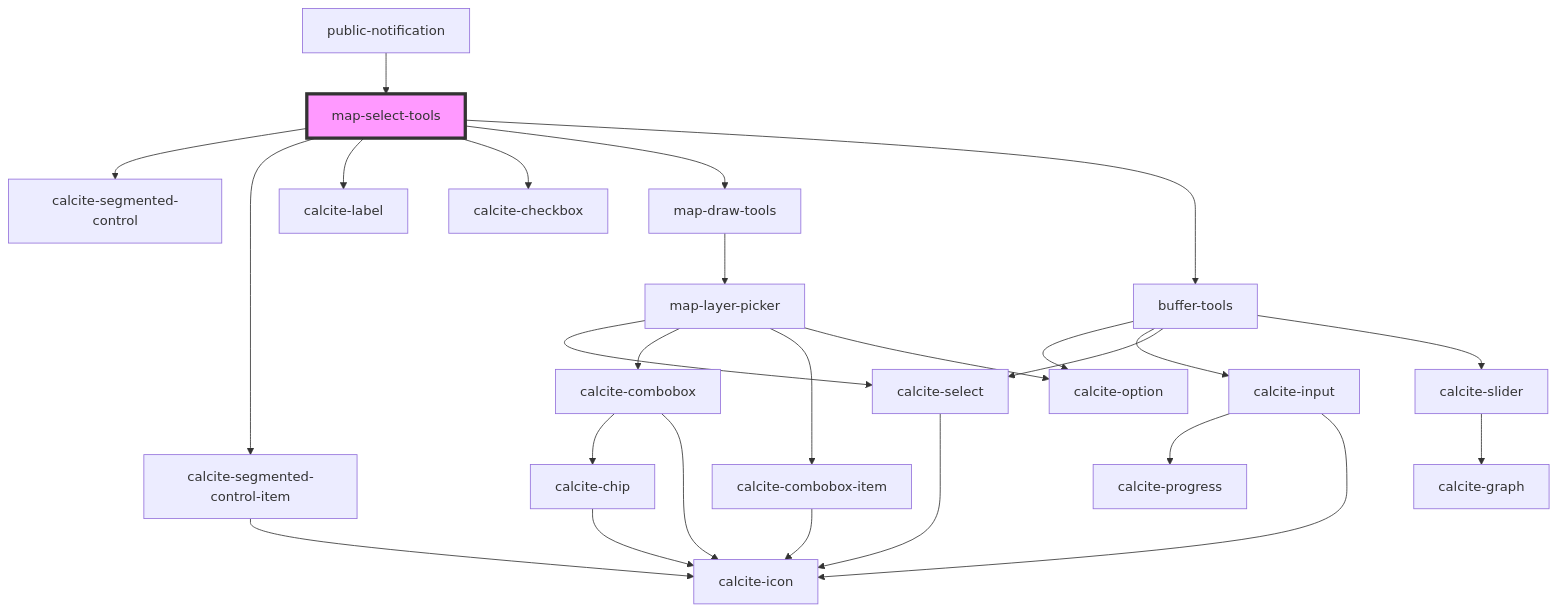
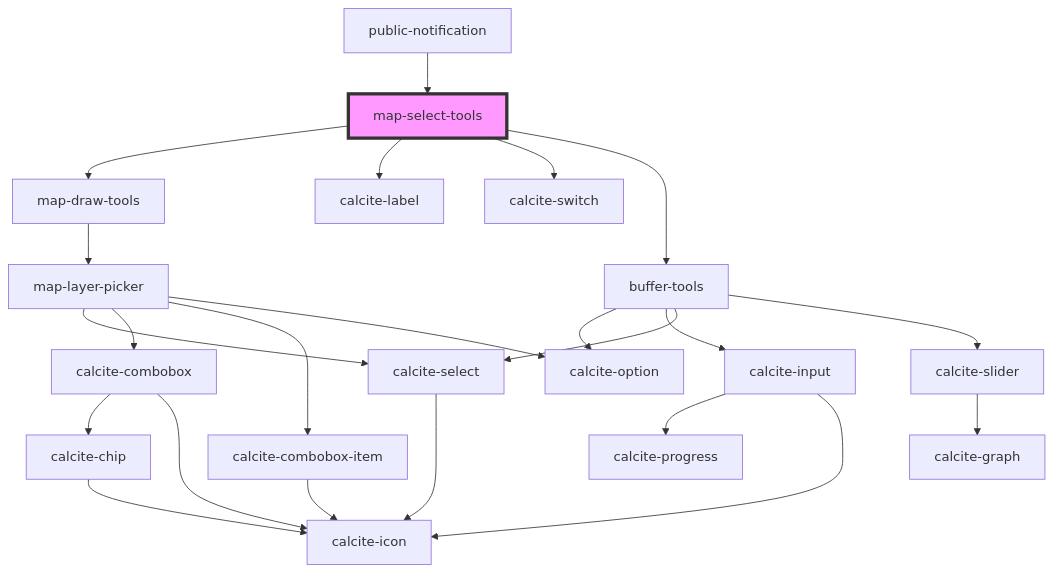
The diagram in src/components/map-select-tools/readme.md (Esri/solutions-components), drawn with Mermaid before and after one commit. The commit also changed other lines of this file and 10 other files, not shown here.

````diff
--- a/src/components/map-select-tools/readme.md
+++ b/src/components/map-select-tools/readme.md
@@ -78,29 +74,26 @@
 ```mermaid
 graph TD;
-  map-select-tools --> calcite-segmented-control
-  map-select-tools --> calcite-segmented-control-item
+  map-select-tools --> map-draw-tools
   map-select-tools --> calcite-label
-  map-select-tools --> calcite-checkbox
-  map-select-tools --> map-draw-tools
+  map-select-tools --> calcite-switch
   map-select-tools --> buffer-tools
-  calcite-segmented-control-item --> calcite-icon
   map-draw-tools --> map-layer-picker
   map-layer-picker --> calcite-select
   map-layer-picker --> calcite-combobox
   map-layer-picker --> calcite-combobox-item
   map-layer-picker --> calcite-option
   calcite-select --> calcite-icon
   calcite-combobox --> calcite-chip
   calcite-combobox --> calcite-icon
   calcite-chip --> calcite-icon
   calcite-combobox-item --> calcite-icon
   buffer-tools --> calcite-option
   buffer-tools --> calcite-input
   buffer-tools --> calcite-select
   buffer-tools --> calcite-slider
   calcite-input --> calcite-progress
   calcite-input --> calcite-icon
   calcite-slider --> calcite-graph
   public-notification --> map-select-tools
   style map-select-tools fill:#f9f,stroke:#333,stroke-width:4px
 ```
````
